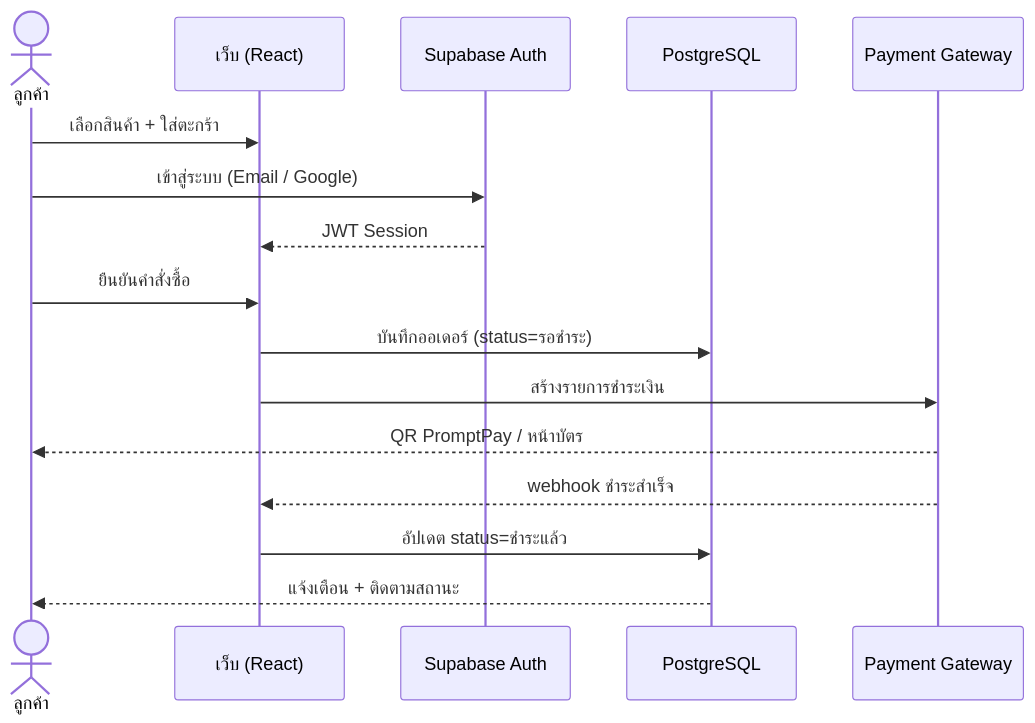
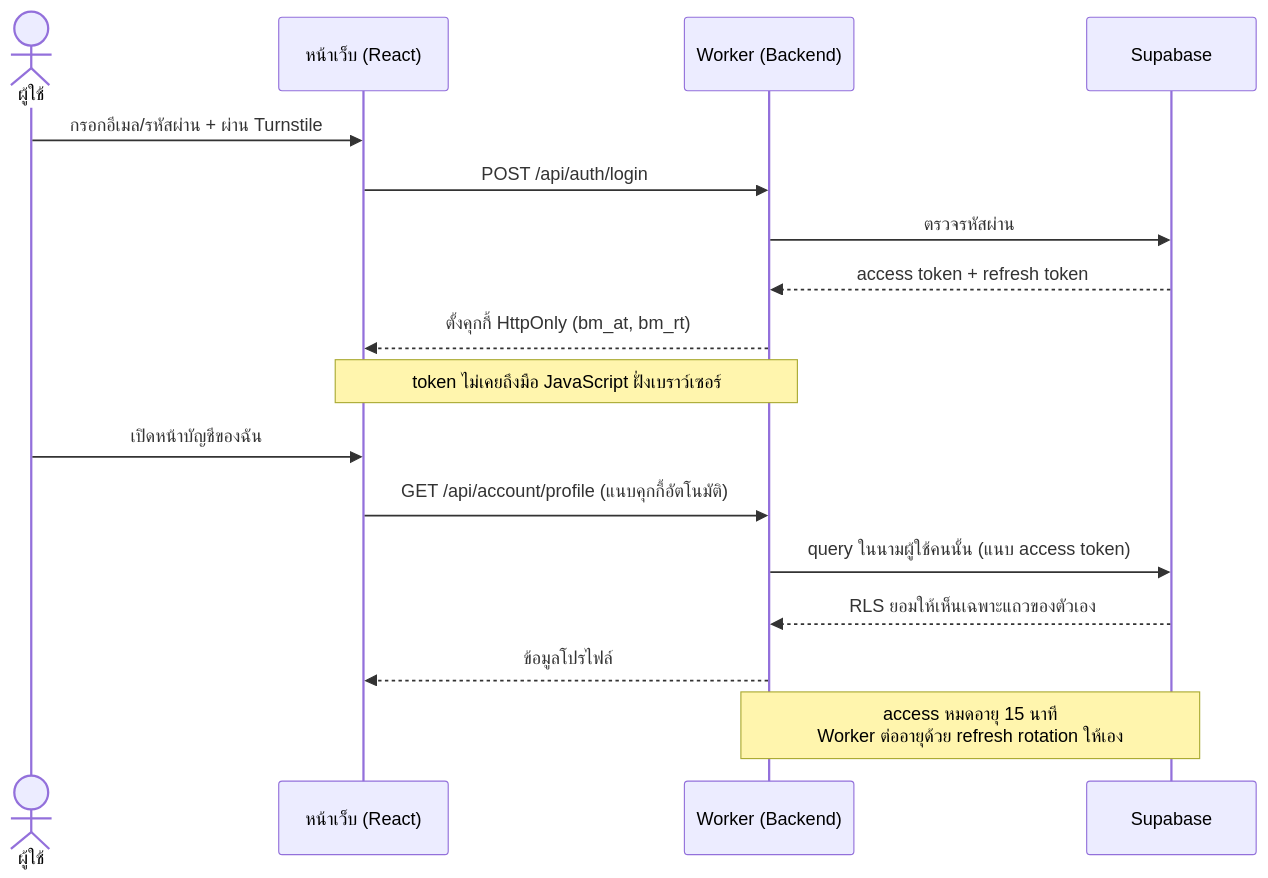
Before and after one commit to Nol2way/bm-computer: the second of 4 diagrams in docs/architecture.md, drawn with Mermaid. The commit also changed other lines of this file and 33 other files, not shown here.

````diff
--- a/docs/architecture.md
+++ b/docs/architecture.md
@@ -89,19 +79,22 @@
 ```mermaid
 sequenceDiagram
-    actor U as ลูกค้า
-    participant W as เว็บ (React)
-    participant A as Supabase Auth
-    participant D as PostgreSQL
-    participant Pay as Payment Gateway
+    actor U as ผู้ใช้
+    participant W as หน้าเว็บ (React)
+    participant API as Worker (Backend)
+    participant SB as Supabase
 
-    U->>W: เลือกสินค้า + ใส่ตะกร้า
-    U->>A: เข้าสู่ระบบ (Email / Google)
-    A-->>W: JWT Session
-    U->>W: ยืนยันคำสั่งซื้อ
-    W->>D: บันทึกออเดอร์ (status=รอชำระ)
-    W->>Pay: สร้างรายการชำระเงิน
-    Pay-->>U: QR PromptPay / หน้าบัตร
-    Pay-->>W: webhook ชำระสำเร็จ
-    W->>D: อัปเดต status=ชำระแล้ว
-    D-->>U: แจ้งเตือน + ติดตามสถานะ
+    U->>W: กรอกอีเมล/รหัสผ่าน + ผ่าน Turnstile
+    W->>API: POST /api/auth/login
+    API->>SB: ตรวจรหัสผ่าน
+    SB-->>API: access token + refresh token
+    API-->>W: ตั้งคุกกี้ HttpOnly (bm_at, bm_rt)
+    Note over W,API: token ไม่เคยถึงมือ JavaScript ฝั่งเบราว์เซอร์
+
+    U->>W: เปิดหน้าบัญชีของฉัน
+    W->>API: GET /api/account/profile (แนบคุกกี้อัตโนมัติ)
+    API->>SB: query ในนามผู้ใช้คนนั้น (แนบ access token)
+    SB-->>API: RLS ยอมให้เห็นเฉพาะแถวของตัวเอง
+    API-->>W: ข้อมูลโปรไฟล์
+
+    Note over API,SB: access หมดอายุ 15 นาที<br/>Worker ต่ออายุด้วย refresh rotation ให้เอง
 ```
````
